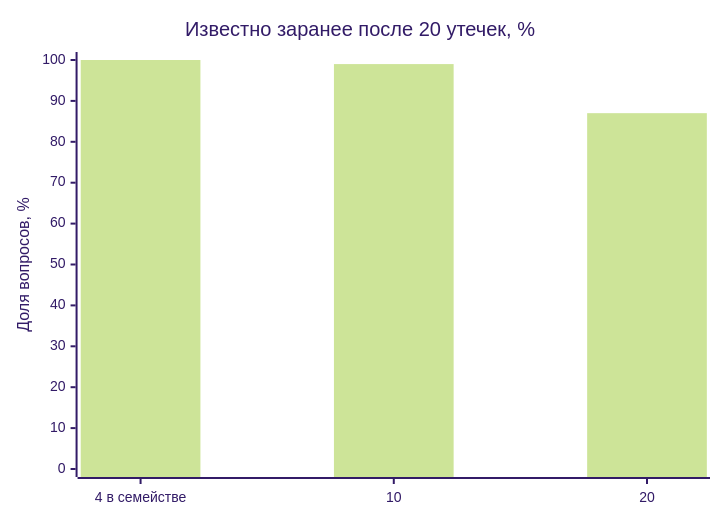
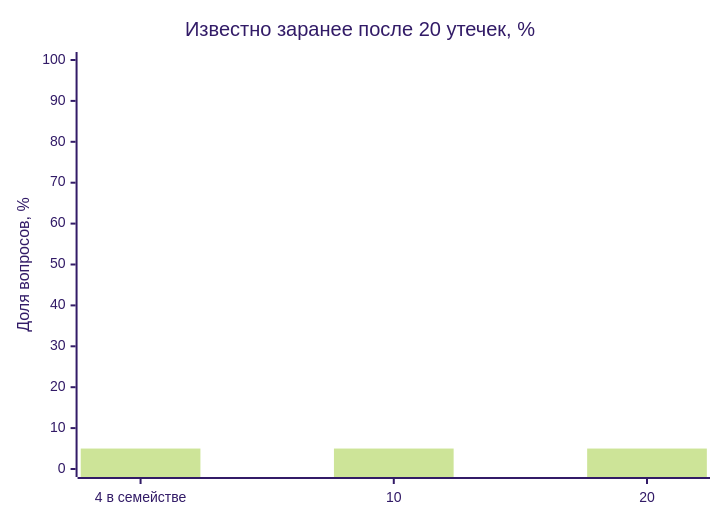
One commit to ShadowFiend1337/hh_platform changed the third of 3 diagrams in docs/assessment_validation_results.md. Above: the diagram before and after it, drawn with Mermaid (forest theme). The commit also changed other lines of this file and 3 other files, not shown here.

````diff
--- a/docs/assessment_validation_results.md
+++ b/docs/assessment_validation_results.md
@@ -67,7 +67,7 @@
 ```mermaid
 xychart-beta
   title "Известно заранее после 20 утечек, %"
   x-axis ["4 в семействе", "10", "20"]
   y-axis "Доля вопросов, %" 0 --> 100
-  bar [100, 99, 87]
+  bar [5, 5, 5]
 ```
````
